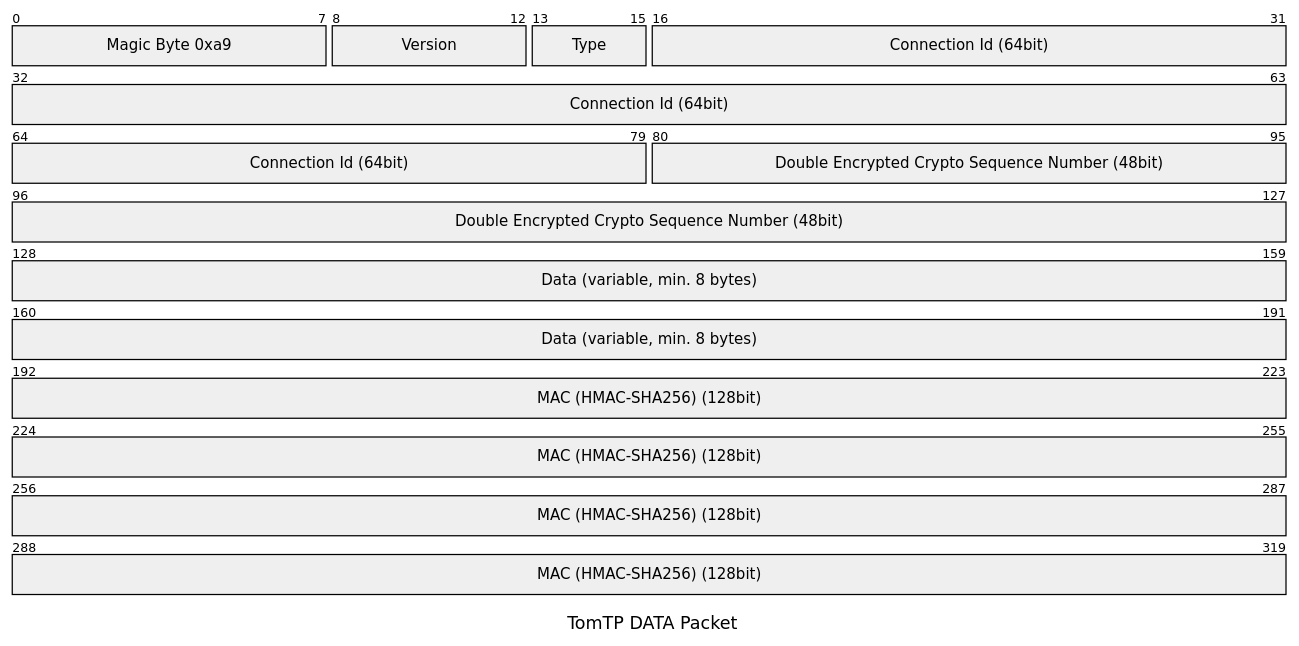
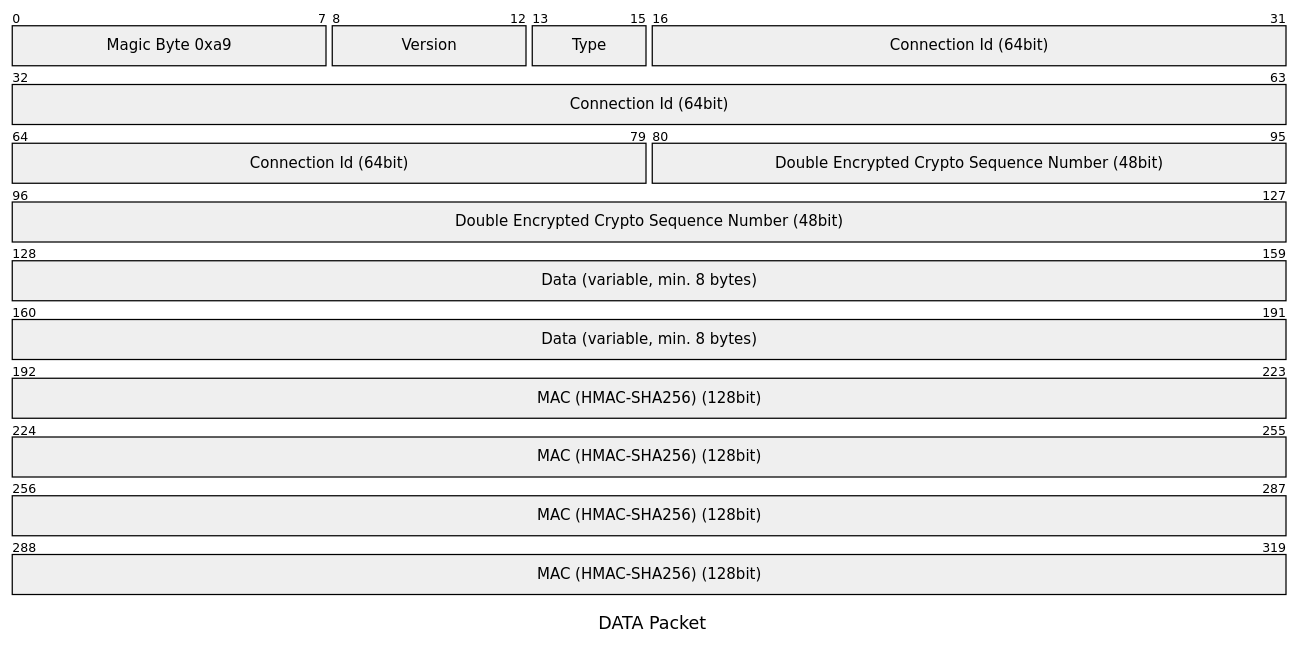
One commit to tbocek/tomtp changed the sixth of 9 diagrams in Readme.md. Above: the diagram before and after it, drawn with Mermaid. The commit also changed other lines of this file and 10 other files, not shown here.

````diff
--- a/Readme.md
+++ b/Readme.md
@@ -170,13 +178,13 @@
 ```mermaid
 ---
-title: "TomTP DATA Packet"
+title: "DATA Packet"
 ---
 packet-beta
   0-7: "Magic Byte 0xa9"
   8-12: "Version"
   13-15: "Type"
   16-79: "Connection Id (64bit)"
   80-127: "Double Encrypted Crypto Sequence Number (48bit)"
   128-191: "Data (variable, min. 8 bytes)"
   192-319: "MAC (HMAC-SHA256) (128bit)"
 ```
````
